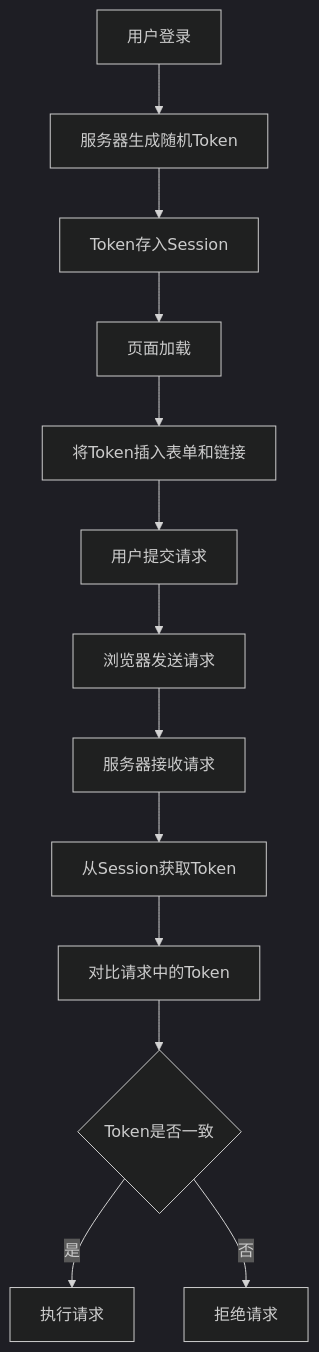
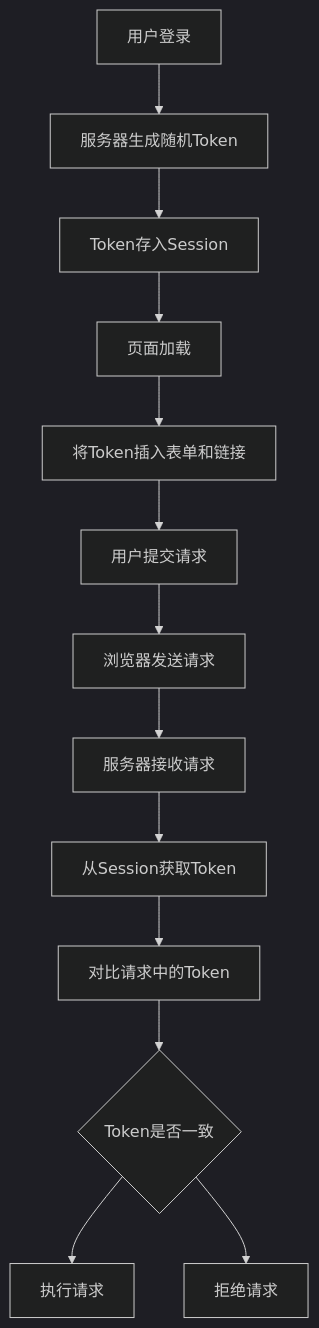
One commit to 839194950/Knowledge-base changed the fourth of 4 diagrams in wiki/安全/Web安全/CSRF跨站请求伪造.md. Above: the diagram before and after it, drawn with Mermaid (dark theme).

Commit message:
进一步简化Mermaid流程图语法

````diff
--- a/wiki/安全/Web安全/CSRF跨站请求伪造.md
+++ b/wiki/安全/Web安全/CSRF跨站请求伪造.md
@@ -276,15 +276,15 @@
 ```mermaid
 graph TD
     A[用户登录] --> B[服务器生成随机Token]
     B --> C[Token存入Session]
     C --> D[页面加载]
     D --> E[将Token插入表单和链接]
     E --> F[用户提交请求]
     F --> G[浏览器发送请求]
     G --> H[服务器接收请求]
     H --> I[从Session获取Token]
     I --> J[对比请求中的Token]
     J --> K{Token是否一致}
-    K -->|是| L[执行请求]
-    K -->|否| M[拒绝请求]
+    K --> L[执行请求]
+    K --> M[拒绝请求]
 ```
````
